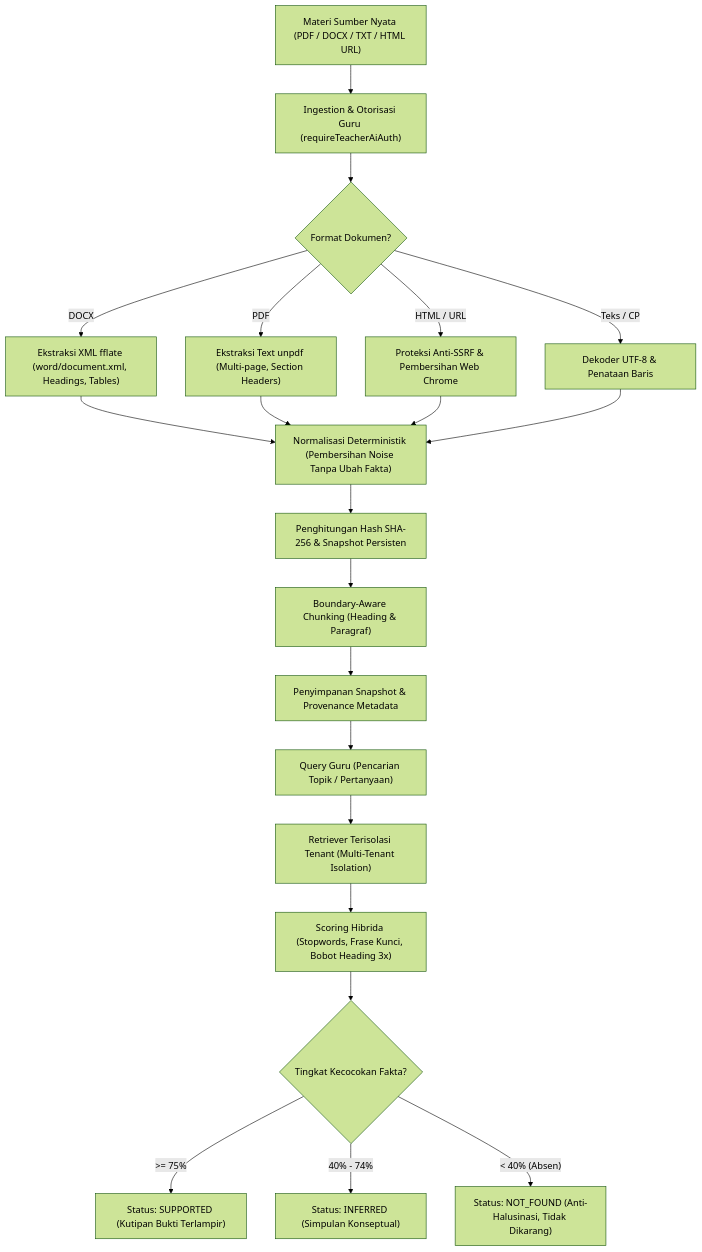
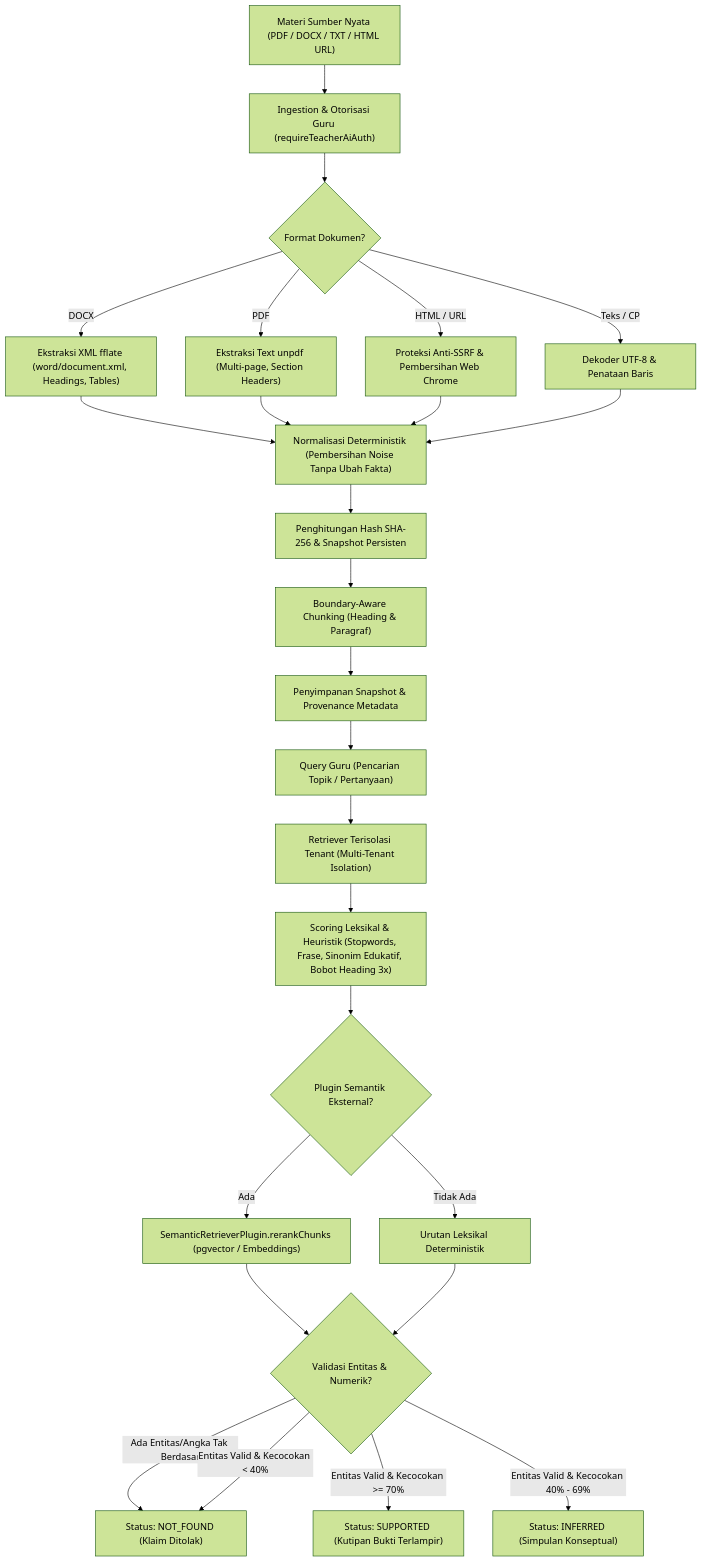
The diagram in docs/AI-SOURCE-GROUNDING.md (novaragroup67/gurupro-ai-journal), drawn with Mermaid (forest theme) before and after one commit. The commit also changed other lines of this file and 7 other files, not shown here.

````diff
--- a/docs/AI-SOURCE-GROUNDING.md
+++ b/docs/AI-SOURCE-GROUNDING.md
@@ -11,23 +11,29 @@
 ```mermaid
 flowchart TD
     A["Materi Sumber Nyata (PDF / DOCX / TXT / HTML URL)"] --> B["Ingestion & Otorisasi Guru (requireTeacherAiAuth)"]
     B --> C{"Format Dokumen?"}
     C -- "DOCX" --> D["Ekstraksi XML fflate (word/document.xml, Headings, Tables)"]
     C -- "PDF" --> E["Ekstraksi Text unpdf (Multi-page, Section Headers)"]
     C -- "HTML / URL" --> F["Proteksi Anti-SSRF & Pembersihan Web Chrome"]
     C -- "Teks / CP" --> G["Dekoder UTF-8 & Penataan Baris"]
     D --> H["Normalisasi Deterministik (Pembersihan Noise Tanpa Ubah Fakta)"]
     E --> H
     F --> H
     G --> H
     H --> I["Penghitungan Hash SHA-256 & Snapshot Persisten"]
     I --> J["Boundary-Aware Chunking (Heading & Paragraf)"]
     J --> K["Penyimpanan Snapshot & Provenance Metadata"]
     K --> L["Query Guru (Pencarian Topik / Pertanyaan)"]
     L --> M["Retriever Terisolasi Tenant (Multi-Tenant Isolation)"]
-    M --> N["Scoring Hibrida (Stopwords, Frase Kunci, Bobot Heading 3x)"]
-    N --> O{"Tingkat Kecocokan Fakta?"}
-    O -- ">= 75%" --> P["Status: SUPPORTED (Kutipan Bukti Terlampir)"]
-    O -- "40% - 74%" --> Q["Status: INFERRED (Simpulan Konseptual)"]
-    O -- "< 40% (Absen)" --> R["Status: NOT_FOUND (Anti-Halusinasi, Tidak Dikarang)"]
+    M --> N["Scoring Leksikal & Heuristik (Stopwords, Frase, Sinonim Edukatif, Bobot Heading 3x)"]
+    N --> P1{"Plugin Semantik Eksternal?"}
+    P1 -- "Ada" --> P2["SemanticRetrieverPlugin.rerankChunks (pgvector / Embeddings)"]
+    P1 -- "Tidak Ada" --> P3["Urutan Leksikal Deterministik"]
+    P2 --> O
+    P3 --> O
+    O{"Validasi Entitas & Numerik?"}
+    O -- "Ada Entitas/Angka Tak Berdasar" --> R["Status: NOT_FOUND (Klaim Ditolak)"]
+    O -- "Entitas Valid & Kecocokan >= 70%" --> S["Status: SUPPORTED (Kutipan Bukti Terlampir)"]
+    O -- "Entitas Valid & Kecocokan 40% - 69%" --> T["Status: INFERRED (Simpulan Konseptual)"]
+    O -- "Entitas Valid & Kecocokan < 40%" --> R
 ```
````
